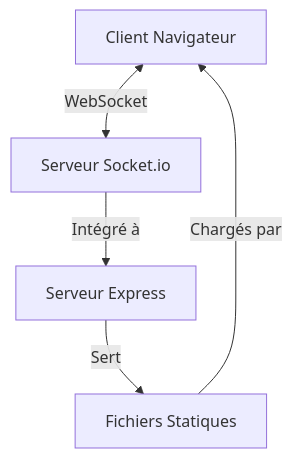
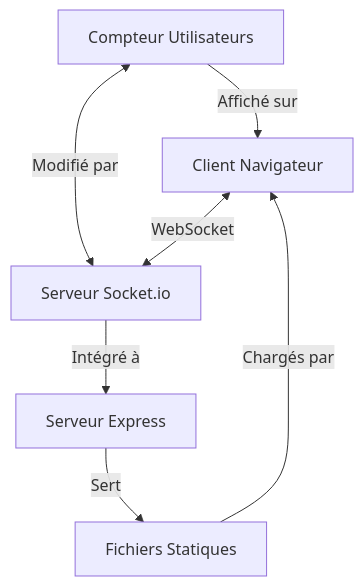
The diagram in README.md (nicolasmbronner/basic-websocket-prototype), drawn with Mermaid before and after one commit. The commit also changed other lines of this file and 5 other files, not shown here.

````diff
--- a/README.md
+++ b/README.md
@@ -14,7 +14,10 @@
 ```mermaid
 graph TD
     A[Client Navigateur] <-->|WebSocket| B[Serveur Socket.io]
     B -->|Intégré à| C[Serveur Express]
     C -->|Sert| D[Fichiers Statiques]
     D -->|Chargés par| A
+    
+    E[Compteur Utilisateurs] <-->|Modifié par| B
+    E -->|Affiché sur| A
 ```
````
